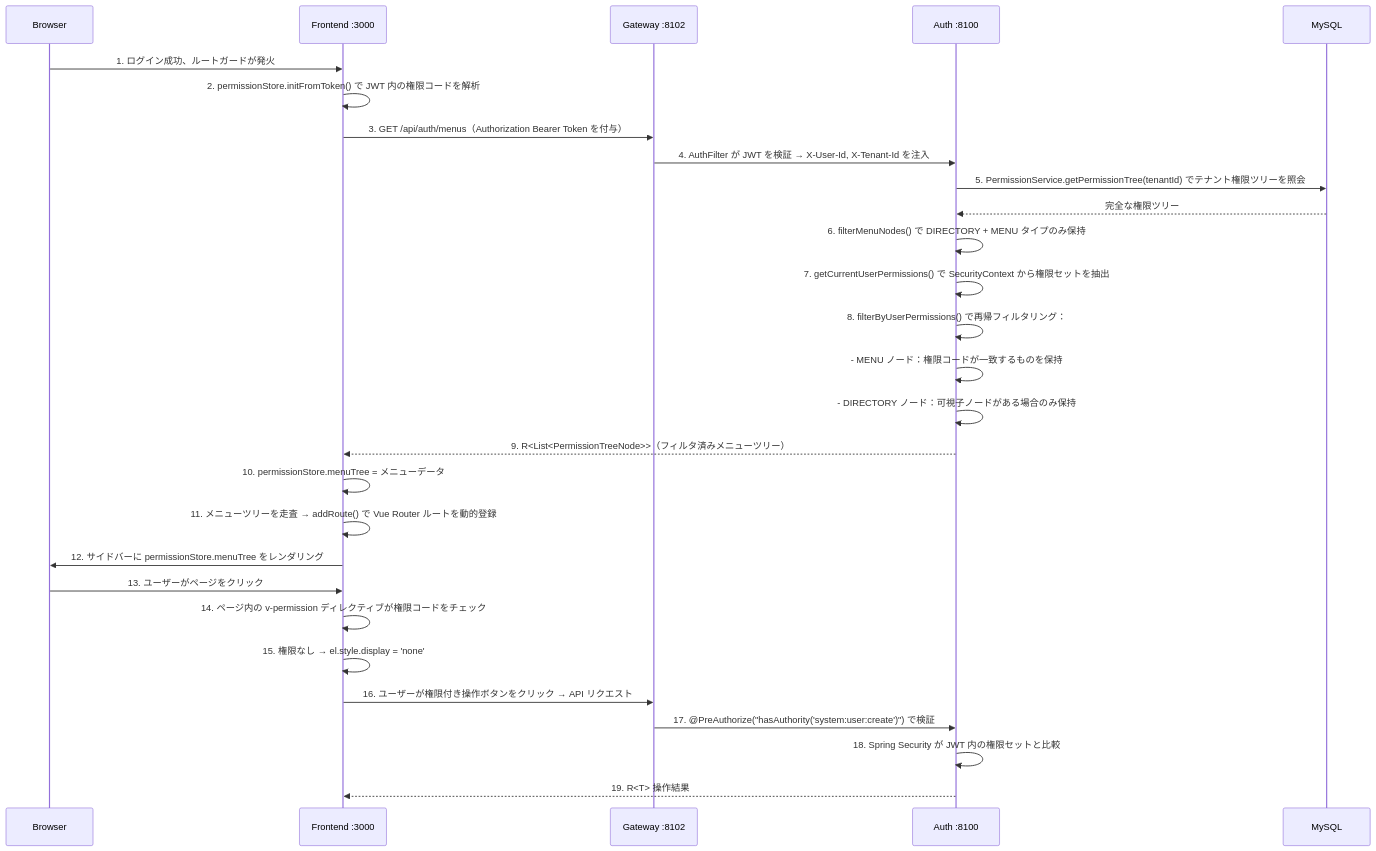
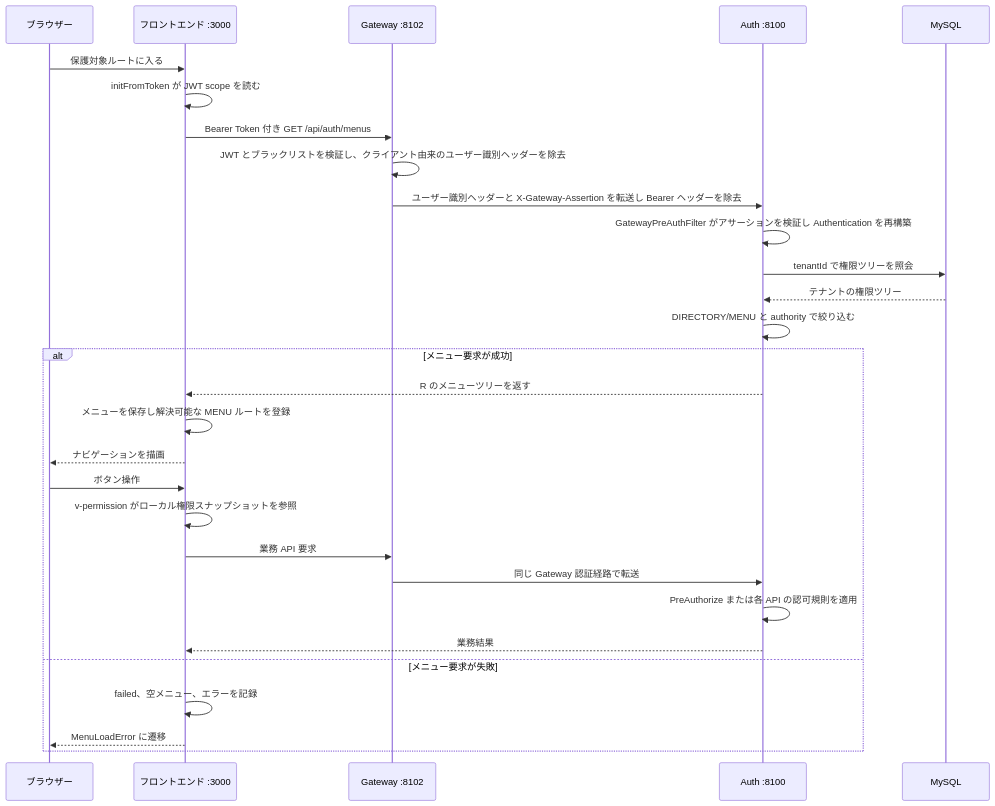
One commit to wang-baohai/Omni-Stack changed the fifth of 21 diagrams in docs/core-flows.jp.md. Above: the diagram before and after it, drawn with Mermaid. The commit also changed other lines of this file and 1095 other files, not shown here.

````diff
--- a/docs/core-flows.jp.md
+++ b/docs/core-flows.jp.md
@@ -663,31 +490,31 @@
 ```mermaid
 sequenceDiagram
-    participant B as Browser
-    participant F as Frontend :3000
+    participant B as ブラウザー
+    participant F as フロントエンド :3000
     participant G as Gateway :8102
     participant A as Auth :8100
     participant M as MySQL
-
-    B->>F: 1. ログイン成功、ルートガードが発火
-    F->>F: 2. permissionStore.initFromToken() で JWT 内の権限コードを解析
-    F->>G: 3. GET /api/auth/menus（Authorization Bearer Token を付与）
-    G->>A: 4. AuthFilter が JWT を検証 → X-User-Id, X-Tenant-Id を注入
-    A->>M: 5. PermissionService.getPermissionTree(tenantId) でテナント権限ツリーを照会
-    M-->>A: 完全な権限ツリー
-    A->>A: 6. filterMenuNodes() で DIRECTORY + MENU タイプのみ保持
-    A->>A: 7. getCurrentUserPermissions() で SecurityContext から権限セットを抽出
-    A->>A: 8. filterByUserPermissions() で再帰フィルタリング：
-    A->>A:    - MENU ノード：権限コードが一致するものを保持
-    A->>A:    - DIRECTORY ノード：可視子ノードがある場合のみ保持
-    A-->>F: 9. R<List<PermissionTreeNode>>（フィルタ済みメニューツリー）
-    F->>F: 10. permissionStore.menuTree = メニューデータ
-    F->>F: 11. メニューツリーを走査 → addRoute() で Vue Router ルートを動的登録
-    F->>B: 12. サイドバーに permissionStore.menuTree をレンダリング
-    B->>F: 13. ユーザーがページをクリック
-    F->>F: 14. ページ内の v-permission ディレクティブが権限コードをチェック
-    F->>F: 15. 権限なし → el.style.display = 'none'
-    F->>G: 16. ユーザーが権限付き操作ボタンをクリック → API リクエスト
-    G->>A: 17. @PreAuthorize("hasAuthority('system:user:create')") で検証
-    A->>A: 18. Spring Security が JWT 内の権限セットと比較
-    A-->>F: 19. R<T> 操作結果
+    B->>F: 保護対象ルートに入る
+    F->>F: initFromToken が JWT scope を読む
+    F->>G: Bearer Token 付き GET /api/auth/menus
+    G->>G: JWT とブラックリストを検証し、クライアント由来のユーザー識別ヘッダーを除去
+    G->>A: ユーザー識別ヘッダーと X-Gateway-Assertion を転送し Bearer ヘッダーを除去
+    A->>A: GatewayPreAuthFilter がアサーションを検証し Authentication を再構築
+    A->>M: tenantId で権限ツリーを照会
+    M-->>A: テナントの権限ツリー
+    A->>A: DIRECTORY/MENU と authority で絞り込む
+    alt メニュー要求が成功
+        A-->>F: R のメニューツリーを返す
+        F->>F: メニューを保存し解決可能な MENU ルートを登録
+        F-->>B: ナビゲーションを描画
+        B->>F: ボタン操作
+        F->>F: v-permission がローカル権限スナップショットを参照
+        F->>G: 業務 API 要求
+        G->>A: 同じ Gateway 認証経路で転送
+        A->>A: PreAuthorize または各 API の認可規則を適用
+        A-->>F: 業務結果
+    else メニュー要求が失敗
+        F->>F: failed、空メニュー、エラーを記録
+        F-->>B: MenuLoadError に遷移
+    end
 ```
````
